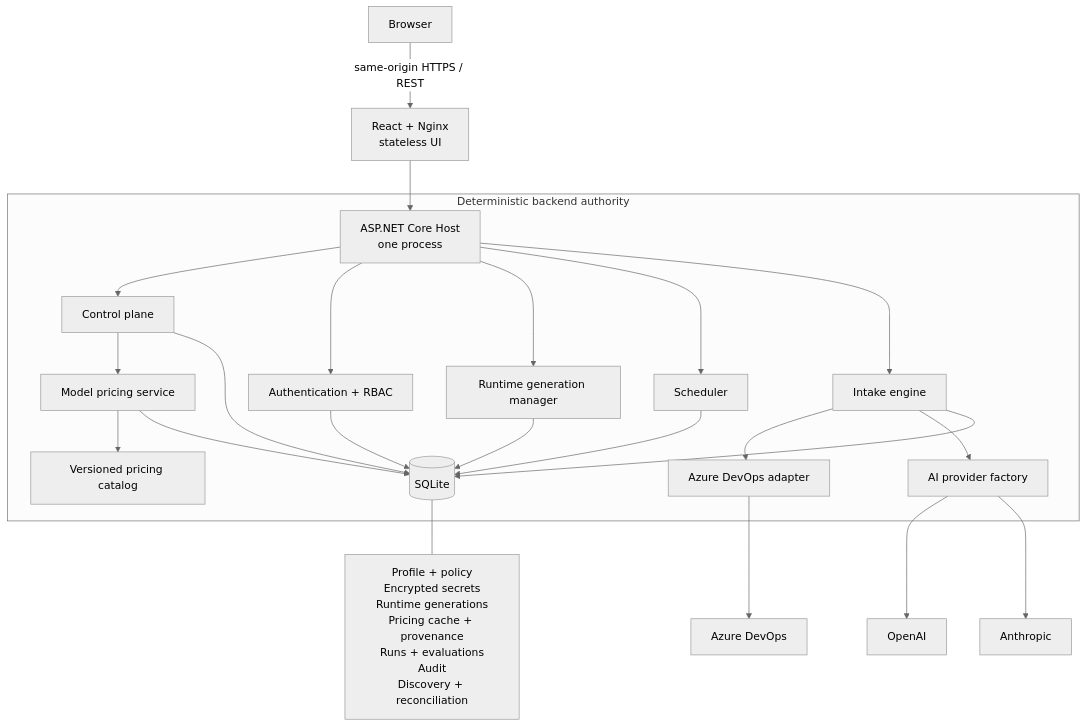
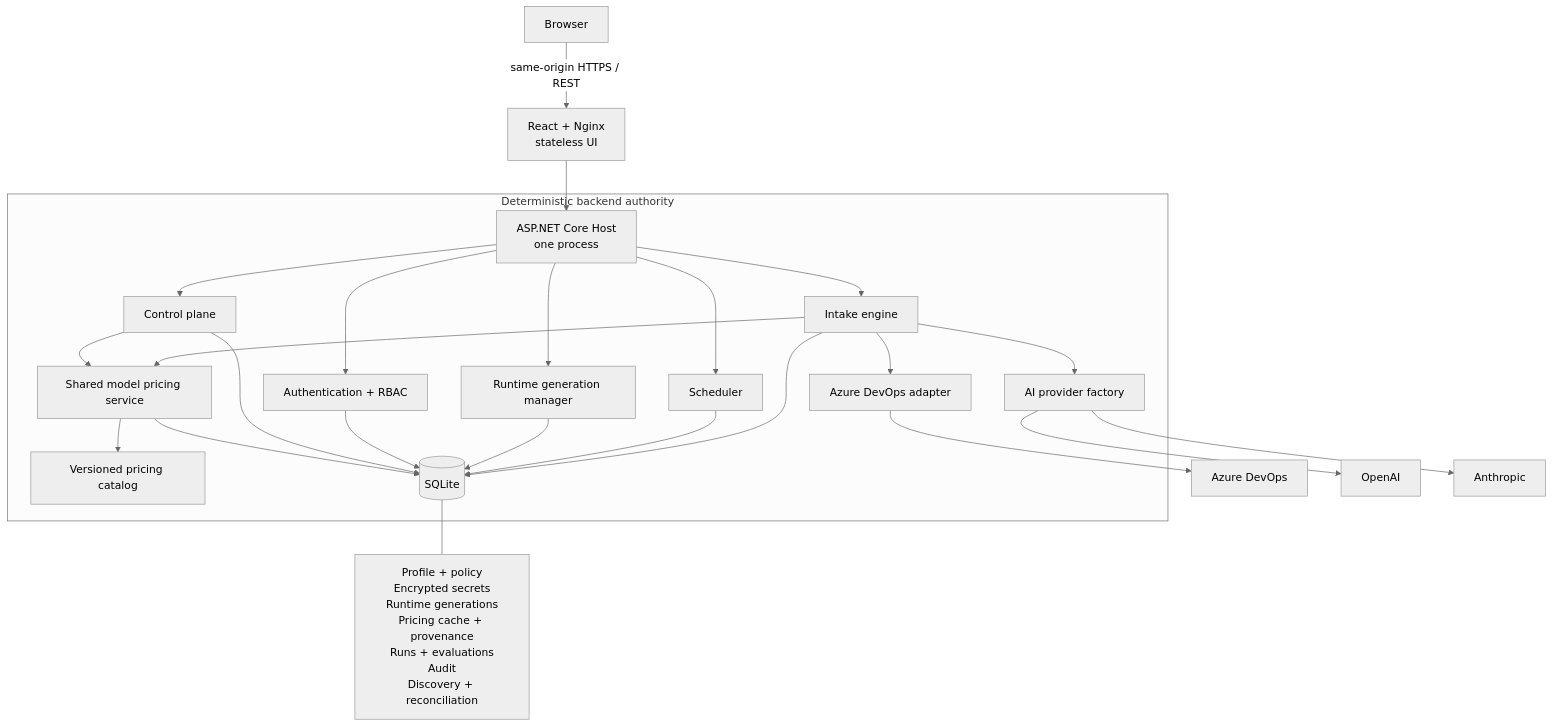
Before and after one commit to pbushan/engineering-intake-gate: the diagram in README.md, drawn with Mermaid (neutral theme). The commit also changed other lines of this file and 18 other files, not shown here.

````diff
--- a/README.md
+++ b/README.md
@@ -79,29 +79,30 @@
 ```mermaid
 flowchart TB
     Browser[Browser] -->|same-origin HTTPS / REST| UI[React + Nginx\nstateless UI]
     UI --> Host[ASP.NET Core Host\none process]
 
     subgraph Backend[Deterministic backend authority]
       Host --> CP[Control plane]
       Host --> Auth[Authentication + RBAC]
       Host --> Runtime[Runtime generation manager]
       Host --> Scheduler[Scheduler]
       Host --> Engine[Intake engine]
       Engine --> ADO[Azure DevOps adapter]
       Engine --> AI[AI provider factory]
-      CP --> Pricing[Model pricing service]
+      CP --> Pricing[Shared model pricing service]
+      Engine --> Pricing
       Pricing --> Catalog[Versioned pricing catalog]
       Pricing --> DB[(SQLite)]
       CP --> DB
       Auth --> DB
       Runtime --> DB
       Scheduler --> DB
       Engine --> DB
     end
 
     ADO --> Azure[Azure DevOps]
     AI --> OpenAI[OpenAI]
     AI --> Anthropic[Anthropic]
 
     DB --- Data[Profile + policy\nEncrypted secrets\nRuntime generations\nPricing cache + provenance\nRuns + evaluations\nAudit\nDiscovery + reconciliation]
 ```
````
